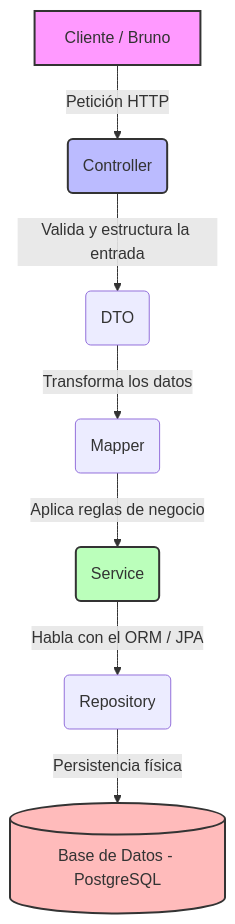
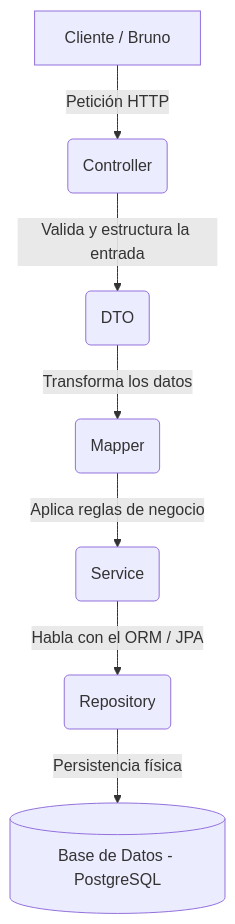
Before and after one commit to imkata-dev/TiendaOnline: the diagram in README.md, drawn with Mermaid.

Commit message:
Remove style definitions from README diagram
Removed style definitions for diagram elements in README.

````diff
--- a/README.md
+++ b/README.md
@@ -5,14 +5,9 @@
 ```mermaid
 graph TD
     A[Cliente / Bruno] -->|Petición HTTP| B(Controller)
     B -->|Valida y estructura la entrada| C(DTO)
     C -->|Transforma los datos| D(Mapper)
     D -->|Aplica reglas de negocio| E(Service)
     E -->|Habla con el ORM / JPA| F(Repository)
     F -->|Persistencia física| G[(Base de Datos - PostgreSQL)]
-
-    style A fill:#f9f,stroke:#333,stroke-width:2px
-    style B fill:#bbf,stroke:#333,stroke-width:2px
-    style E fill:#bfb,stroke:#333,stroke-width:2px
-    style G fill:#fbb,stroke:#333,stroke-width:2px
 ```
````
